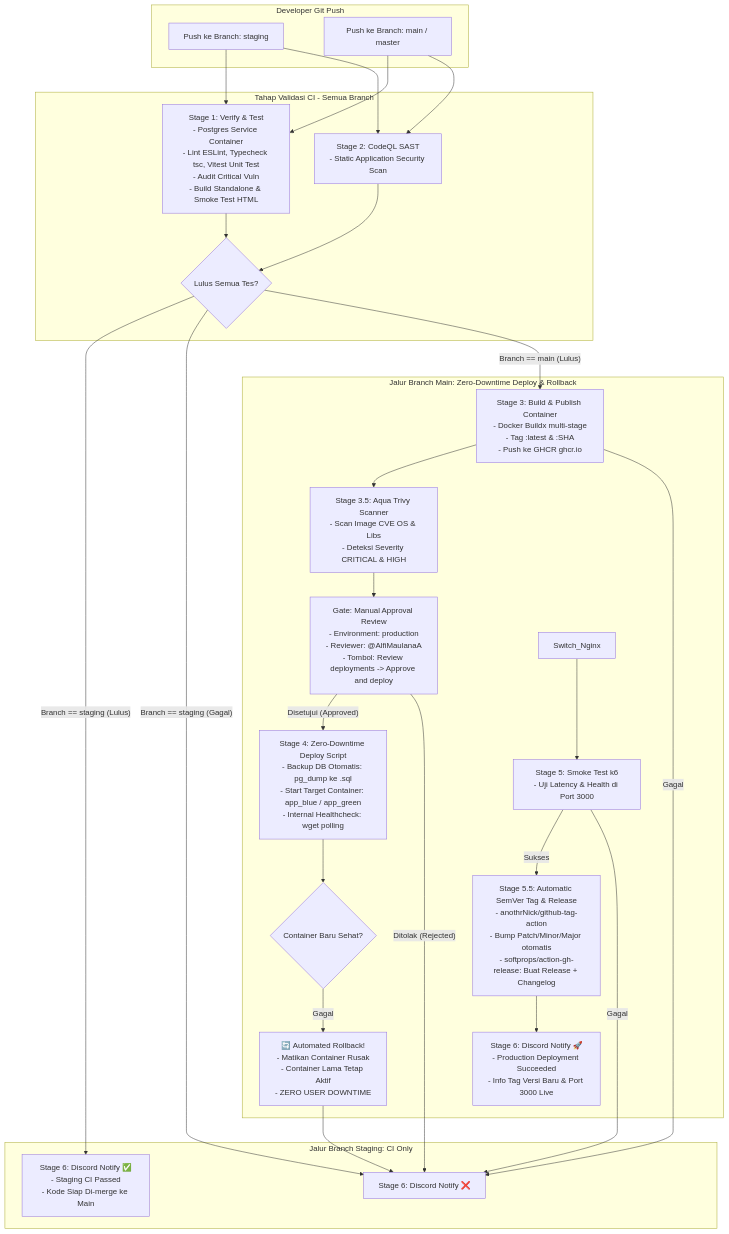
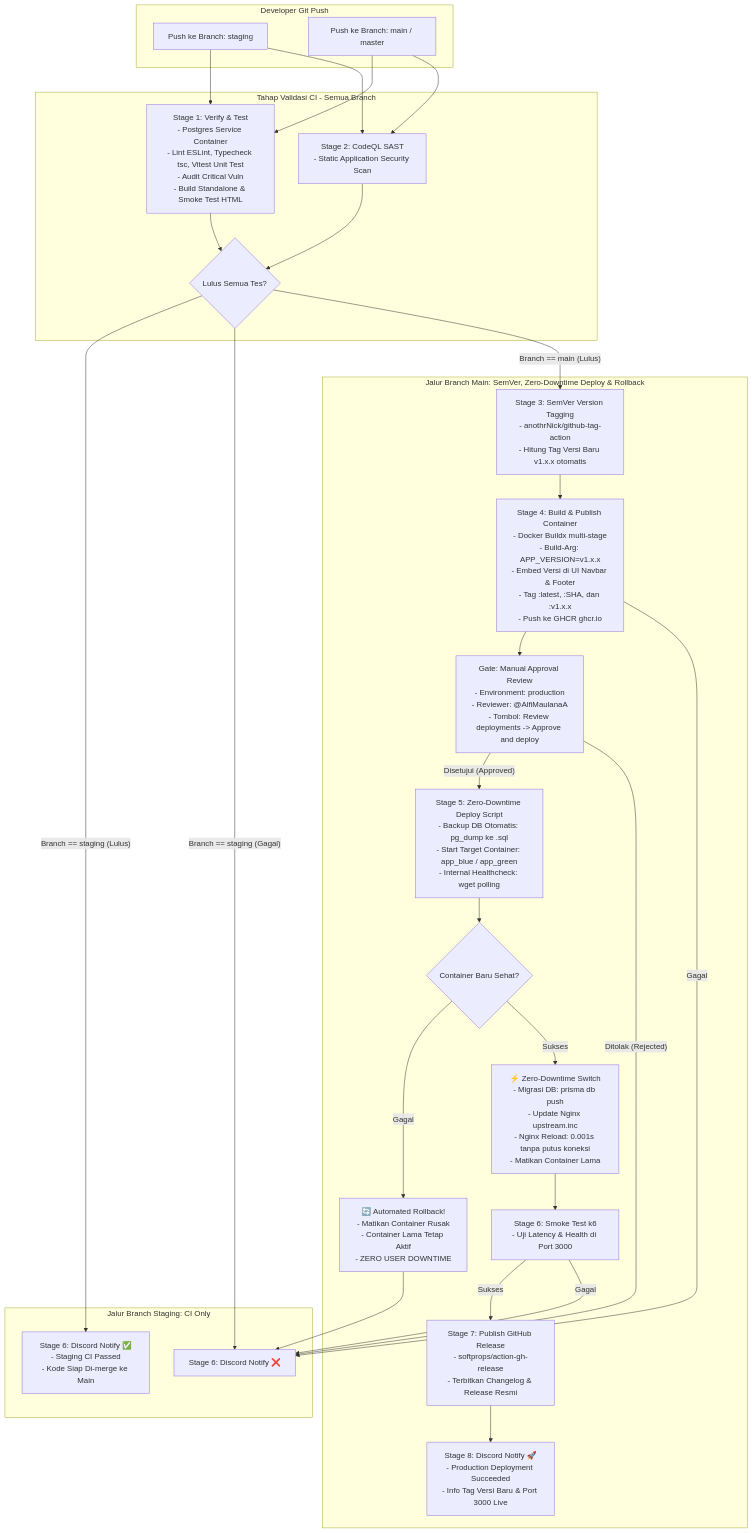
Before and after one commit to AlfiMaulanaA/GSPE-Deployment: the diagram in DOKUMENTASI_CICD_DAN_DOCKER.md, drawn with Mermaid. The commit also changed other lines of this file and 7 other files, not shown here.

Commit message:
feat: embed SemVer app version in UI, streamline production tagging and rollback

````diff
--- a/DOKUMENTASI_CICD_DAN_DOCKER.md
+++ b/DOKUMENTASI_CICD_DAN_DOCKER.md
@@ -9,47 +9,49 @@
 ```mermaid
 flowchart TD
     subgraph Developer_Action [Developer Git Push]
         Dev_Staging[Push ke Branch: staging]
         Dev_Prod[Push ke Branch: main / master]
     end
 
     subgraph CI_Stage [Tahap Validasi CI - Semua Branch]
         Dev_Staging --> Verify[Stage 1: Verify & Test\n- Postgres Service Container\n- Lint ESLint, Typecheck tsc, Vitest Unit Test\n- Audit Critical Vuln\n- Build Standalone & Smoke Test HTML]
         Dev_Prod --> Verify
 
         Dev_Staging --> CodeQL[Stage 2: CodeQL SAST\n- Static Application Security Scan]
         Dev_Prod --> CodeQL
 
         Verify --> Gate{Lulus Semua Tes?}
         CodeQL --> Gate
     end
 
     subgraph Staging_Path [Jalur Branch Staging: CI Only]
         Gate -- Branch == staging (Lulus) --> Notify_Staging_Pass[Stage 6: Discord Notify ✅\n- Staging CI Passed\n- Kode Siap Di-merge ke Main]
         Gate -- Branch == staging (Gagal) --> Notify_Fail[Stage 6: Discord Notify ❌]
     end
 
-    subgraph Production_Path [Jalur Branch Main: Zero-Downtime Deploy & Rollback]
-        Gate -- Branch == main (Lulus) --> Build_Push[Stage 3: Build & Publish Container\n- Docker Buildx multi-stage\n- Tag :latest & :SHA\n- Push ke GHCR ghcr.io]
+    subgraph Production_Path [Jalur Branch Main: SemVer, Zero-Downtime Deploy & Rollback]
+        Gate -- Branch == main (Lulus) --> SemVer[Stage 3: SemVer Version Tagging\n- anothrNick/github-tag-action\n- Hitung Tag Versi Baru v1.x.x otomatis]
 
-        Build_Push --> Trivy[Stage 3.5: Aqua Trivy Scanner\n- Scan Image CVE OS & Libs\n- Deteksi Severity CRITICAL & HIGH]
+        SemVer --> Build_Push[Stage 4: Build & Publish Container\n- Docker Buildx multi-stage\n- Build-Arg: APP_VERSION=v1.x.x\n- Embed Versi di UI Navbar & Footer\n- Tag :latest, :SHA, dan :v1.x.x\n- Push ke GHCR ghcr.io]
 
-        Trivy --> Approval[Gate: Manual Approval Review\n- Environment: production\n- Reviewer: @AlfiMaulanaA\n- Tombol: Review deployments -> Approve and deploy]
+        Build_Push --> Approval[Gate: Manual Approval Review\n- Environment: production\n- Reviewer: @AlfiMaulanaA\n- Tombol: Review deployments -> Approve and deploy]
 
-        Approval -- Disetujui (Approved) --> Runner_Prod[Stage 4: Zero-Downtime Deploy Script\n- Backup DB Otomatis: pg_dump ke .sql\n- Start Target Container: app_blue / app_green\n- Internal Healthcheck: wget polling]
+        Approval -- Disetujui (Approved) --> Runner_Prod[Stage 5: Zero-Downtime Deploy Script\n- Backup DB Otomatis: pg_dump ke .sql\n- Start Target Container: app_blue / app_green\n- Internal Healthcheck: wget polling]
 
         Runner_Prod --> HealthCheck{Container Baru Sehat?}
 
         HealthCheck -- Gagal --> Auto_Rollback[🔄 Automated Rollback!\n- Matikan Container Rusak\n- Container Lama Tetap Aktif\n- ZERO USER DOWNTIME]
         Auto_Rollback --> Notify_Fail
 
-        Switch_Nginx --> Smoke_Prod[Stage 5: Smoke Test k6\n- Uji Latency & Health di Port 3000]
+        HealthCheck -- Sukses --> Switch_Nginx[⚡ Zero-Downtime Switch\n- Migrasi DB: prisma db push\n- Update Nginx upstream.inc\n- Nginx Reload: 0.001s tanpa putus koneksi\n- Matikan Container Lama]
 
-        Smoke_Prod -- Sukses --> SemVer[Stage 5.5: Automatic SemVer Tag & Release\n- anothrNick/github-tag-action\n- Bump Patch/Minor/Major otomatis\n- softprops/action-gh-release: Buat Release + Changelog]
+        Switch_Nginx --> Smoke_Prod[Stage 6: Smoke Test k6\n- Uji Latency & Health di Port 3000]
+
+        Smoke_Prod -- Sukses --> Release_Notes[Stage 7: Publish GitHub Release\n- softprops/action-gh-release\n- Terbitkan Changelog & Release Resmi]
         Smoke_Prod -- Gagal --> Notify_Fail
 
-        SemVer --> Notify_Prod_Pass[Stage 6: Discord Notify 🚀\n- Production Deployment Succeeded\n- Info Tag Versi Baru & Port 3000 Live]
+        Release_Notes --> Notify_Prod_Pass[Stage 8: Discord Notify 🚀\n- Production Deployment Succeeded\n- Info Tag Versi Baru & Port 3000 Live]
         Approval -- Ditolak (Rejected) --> Notify_Fail
         Build_Push -- Gagal --> Notify_Fail
     end
 ```
````
